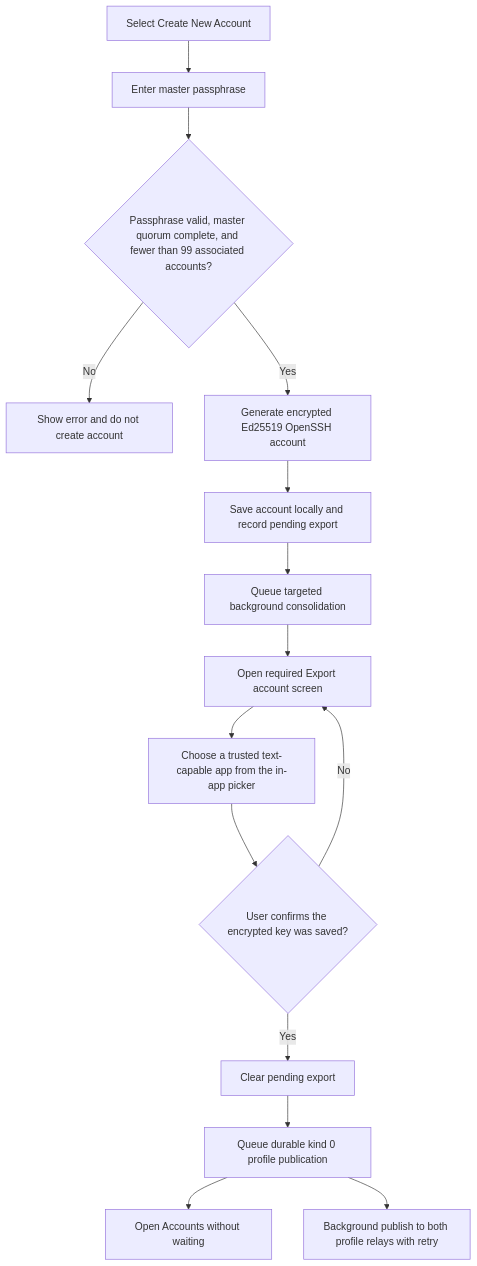
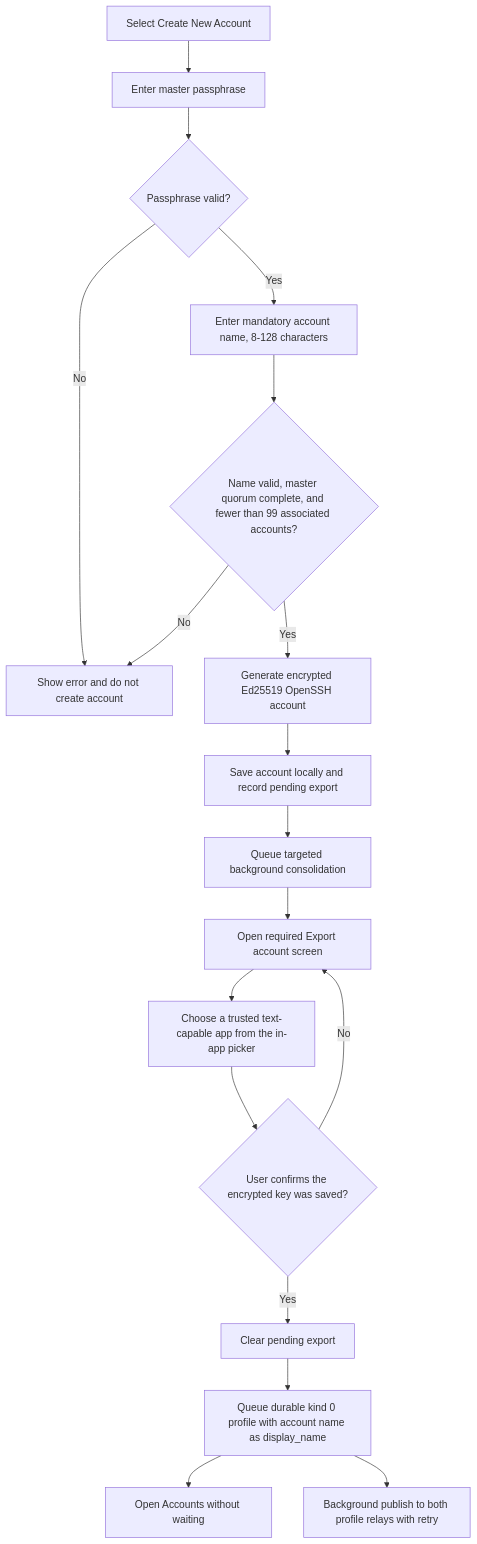
One commit to ZenTenApp/vault-kotlin changed the third of 6 diagrams in docs/stakeholder/flowcharts.md. Above: the diagram before and after it, drawn with Mermaid. The commit also changed 12 other files, not shown here.

Commit message:
feat(accounts): add associated account names

````diff
--- a/docs/stakeholder/flowcharts.md
+++ b/docs/stakeholder/flowcharts.md
@@ -59,17 +59,20 @@
 ```mermaid
 flowchart TD
     Add["Select Create New Account"] --> EnterPassphrase["Enter master passphrase"]
-    EnterPassphrase --> Check{"Passphrase valid, master quorum complete, and fewer than 99 associated accounts?"}
-    Check -->|No| Rejected["Show error and do not create account"]
+    EnterPassphrase --> Verify{"Passphrase valid?"}
+    Verify -->|No| Rejected["Show error and do not create account"]
+    Verify -->|Yes| EnterName["Enter mandatory account name, 8-128 characters"]
+    EnterName --> Check{"Name valid, master quorum complete, and fewer than 99 associated accounts?"}
+    Check -->|No| Rejected
     Check -->|Yes| Generate["Generate encrypted Ed25519 OpenSSH account"]
     Generate --> Save["Save account locally and record pending export"]
     Save --> Queue["Queue targeted background consolidation"]
     Queue --> Export["Open required Export account screen"]
     Export --> Choose["Choose a trusted text-capable app from the in-app picker"]
     Choose --> Confirm{"User confirms the encrypted key was saved?"}
     Confirm -->|No| Export
     Confirm -->|Yes| Clear["Clear pending export"]
-    Clear --> QueueProfile["Queue durable kind 0 profile publication"]
+    Clear --> QueueProfile["Queue durable kind 0 profile with account name as display_name"]
     QueueProfile --> Accounts["Open Accounts without waiting"]
     QueueProfile --> ProfileWorker["Background publish to both profile relays with retry"]
 ```
````
